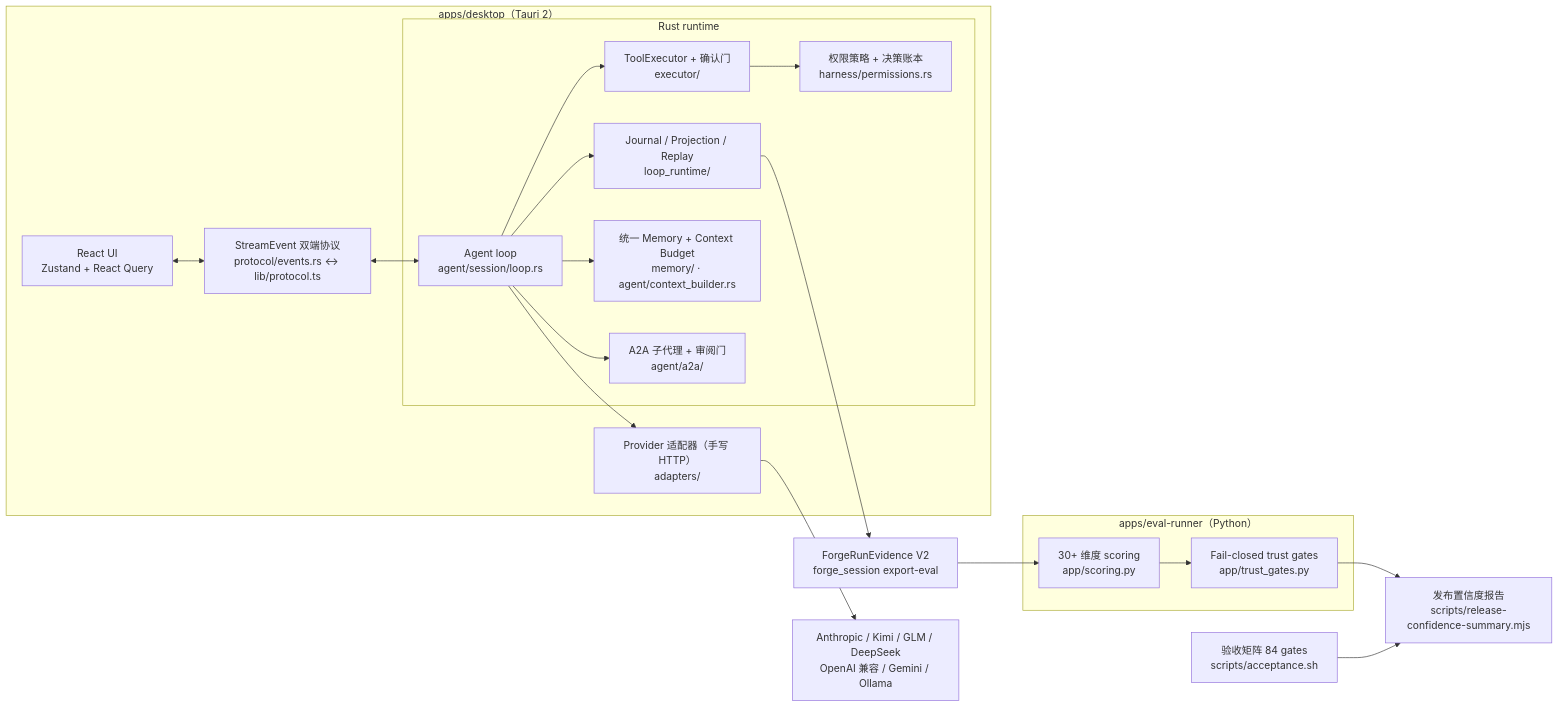
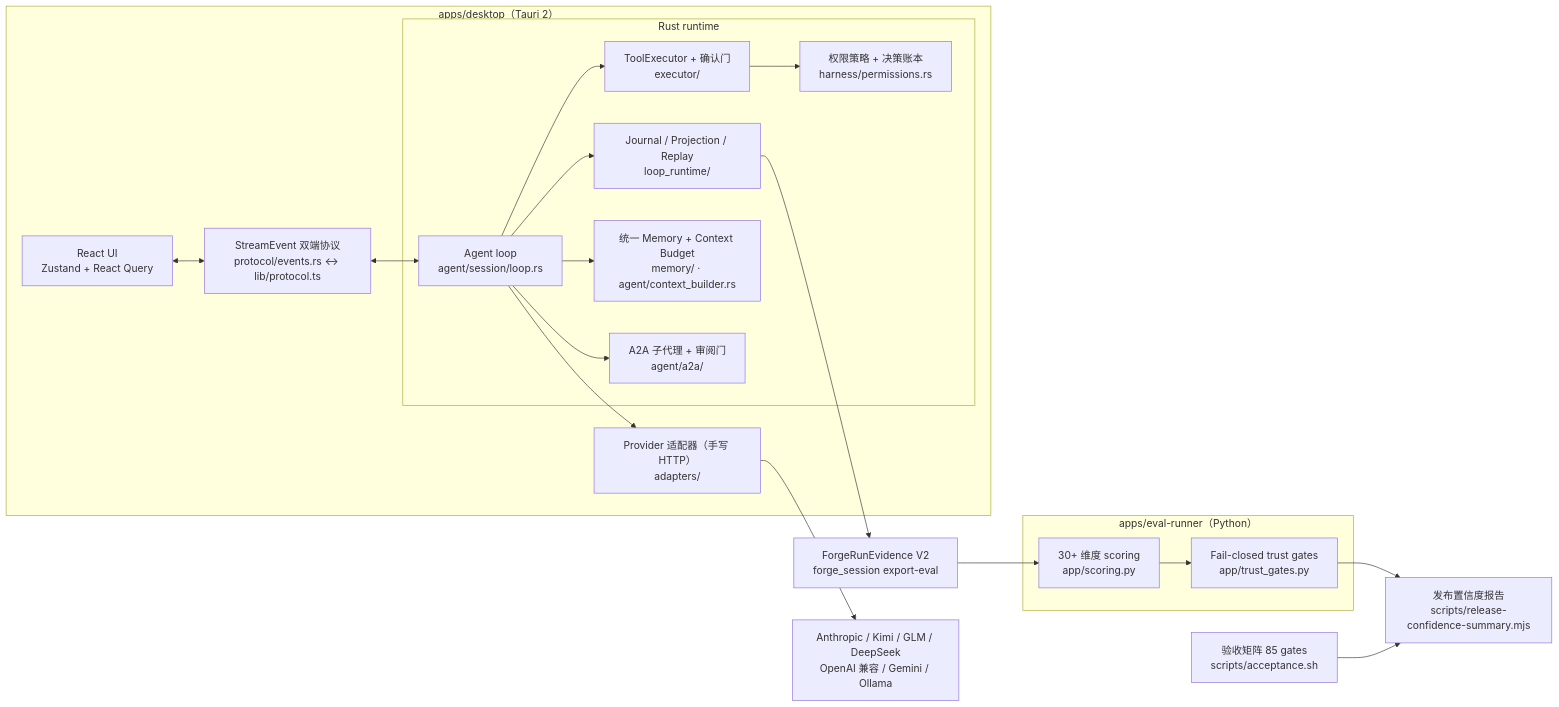
The diagram in README.md (Cabbos/forge), drawn with Mermaid before and after one commit. The commit also changed other lines of this file, not shown here.

Commit message:
docs(eval): update acceptance gate count

````diff
--- a/README.md
+++ b/README.md
@@ -32,39 +32,39 @@
 ```mermaid
 flowchart LR
   subgraph Desktop["apps/desktop（Tauri 2）"]
     UI["React UI<br/>Zustand + React Query"]
     Protocol["StreamEvent 双端协议<br/>protocol/events.rs ↔ lib/protocol.ts"]
     subgraph Runtime["Rust runtime"]
       Loop["Agent loop<br/>agent/session/loop.rs"]
       Exec["ToolExecutor + 确认门<br/>executor/"]
       Perm["权限策略 + 决策账本<br/>harness/permissions.rs"]
       Journal["Journal / Projection / Replay<br/>loop_runtime/"]
       Mem["统一 Memory + Context Budget<br/>memory/ · agent/context_builder.rs"]
       A2A["A2A 子代理 + 审阅门<br/>agent/a2a/"]
     end
     Adapters["Provider 适配器（手写 HTTP）<br/>adapters/"]
   end
   Providers["Anthropic / Kimi / GLM / DeepSeek<br/>OpenAI 兼容 / Gemini / Ollama"]
   Evidence["ForgeRunEvidence V2<br/>forge_session export-eval"]
   subgraph Eval["apps/eval-runner（Python）"]
     Scoring["30+ 维度 scoring<br/>app/scoring.py"]
     Trust["Fail-closed trust gates<br/>app/trust_gates.py"]
   end
-  Accept["验收矩阵 84 gates<br/>scripts/acceptance.sh"]
+  Accept["验收矩阵 85 gates<br/>scripts/acceptance.sh"]
   Confidence["发布置信度报告<br/>scripts/release-confidence-summary.mjs"]
 
   UI <--> Protocol
   Protocol <--> Loop
   Loop --> Exec
   Exec --> Perm
   Loop --> Journal
   Loop --> Mem
   Loop --> A2A
   Loop --> Adapters
   Adapters --> Providers
   Journal --> Evidence
   Evidence --> Scoring
   Scoring --> Trust
   Trust --> Confidence
   Accept --> Confidence
 ```
````
